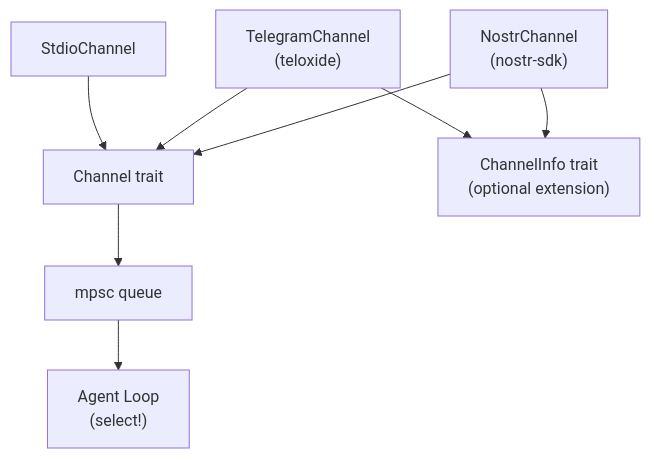
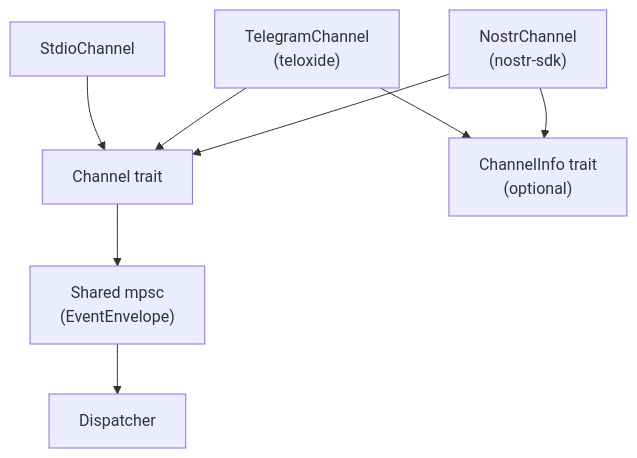
One commit to k0sti/nocelium changed the diagram in docs/channels.md. Above: the diagram before and after it, drawn with Mermaid. The commit also changed other lines of this file and 5 other files, not shown here.

First line of the commit message:
docs: unified event dispatch with EventEnvelope, handlers, prompt assembly

````diff
--- a/docs/channels.md
+++ b/docs/channels.md
@@ -9,18 +9,18 @@
 ```mermaid
 graph TD
     STDIO["StdioChannel"]
     TG["TelegramChannel<br/>(teloxide)"]
     NOSTR["NostrChannel<br/>(nostr-sdk)"]
 
     TRAIT["Channel trait"]
-    INFO["ChannelInfo trait<br/>(optional extension)"]
+    INFO["ChannelInfo trait<br/>(optional)"]
 
     STDIO --> TRAIT
     TG --> TRAIT
     TG --> INFO
     NOSTR --> TRAIT
     NOSTR --> INFO
 
-    TRAIT --> QUEUE["mpsc queue"]
-    QUEUE --> AGENT["Agent Loop<br/>(select!)"]
+    TRAIT --> QUEUE["Shared mpsc<br/>(EventEnvelope)"]
+    QUEUE --> DISPATCH["Dispatcher"]
 ```
````
